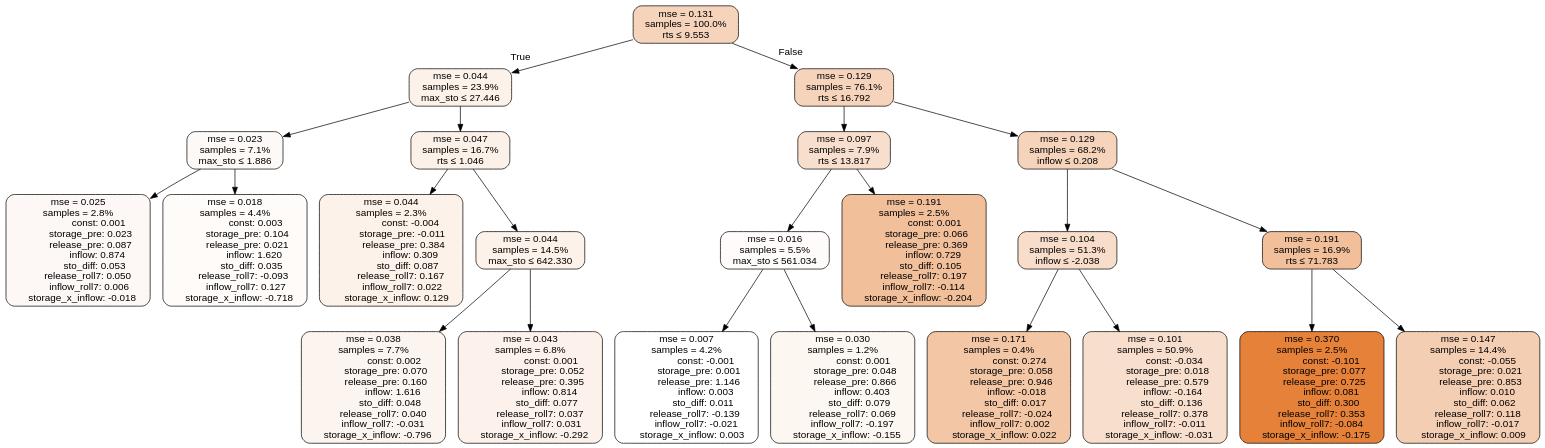
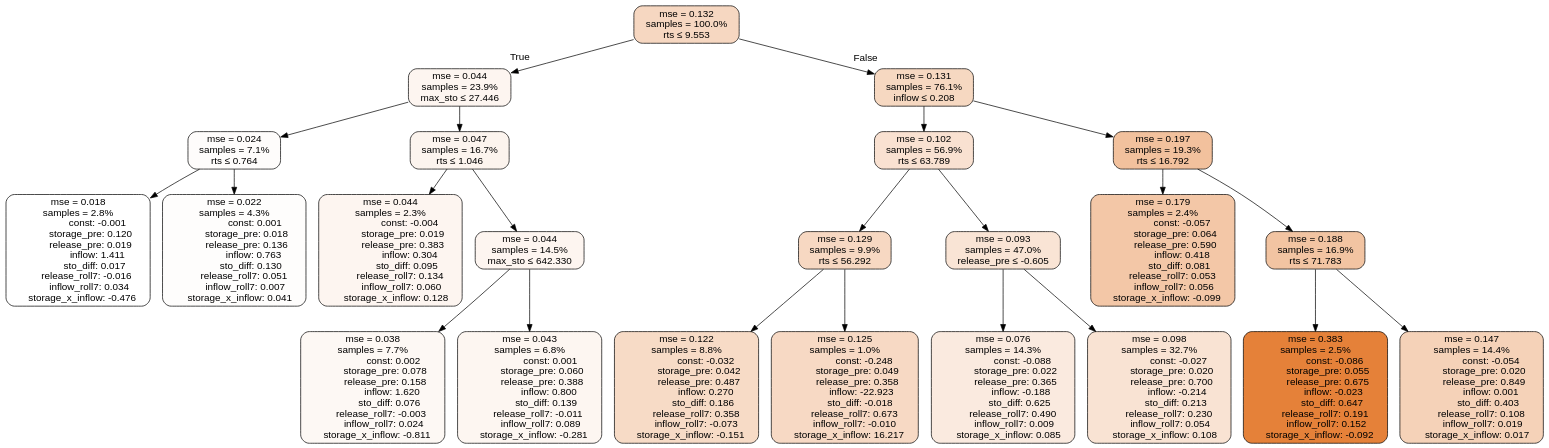
Before and after one commit to lcford2/predict-release: the diagram in results/tclr_model_drop_res_sto_diff/all/TD4_RT_MS_exhaustive/tree.dot, drawn with Graphviz. The commit also changed 13 other files, not shown here.

```diff
--- a/results/tclr_model_drop_res_sto_diff/all/TD4_RT_MS_exhaustive/tree.dot
+++ b/results/tclr_model_drop_res_sto_diff/all/TD4_RT_MS_exhaustive/tree.dot
@@ -1,181 +1,181 @@
 digraph tree {
 bgcolor="transparent"
 node [shape=rectangle, style="filled, rounded", color="black", fontname=helvetica] ;
 edge [fontname=helvetica] ;
-	"0" [label="mse = 0.131
+	"0" [label="mse = 0.132
 samples = 100.0%
-rts &le; 9.553", fillcolor="#f6d4bb"]
+rts &le; 9.553", fillcolor="#f6d7c1"]
 	"1" [label="mse = 0.044
 samples = 23.9%
-max_sto &le; 27.446", fillcolor="#fcf2ea"]
-	"2" [label="mse = 0.023
+max_sto &le; 27.446", fillcolor="#fdf5f0"]
+	"2" [label="mse = 0.024
 samples = 7.1%
-max_sto &le; 1.886", fillcolor="#fdf9f6"]
-	"3" [label="mse = 0.025
+rts &le; 0.764", fillcolor="#fefcfb"]
+	"3" [label="mse = 0.018
 samples = 2.8%
+               const: -0.001
+          storage_pre: 0.120
+          release_pre: 0.019
+               inflow: 1.411
+             sto_diff: 0.017
+       release_roll7: -0.016
+         inflow_roll7: 0.034
+    storage_x_inflow: -0.476", fillcolor="#ffffff"]
+	"4" [label="mse = 0.022
+samples = 4.3%
                 const: 0.001
-          storage_pre: 0.023
-          release_pre: 0.087
-               inflow: 0.874
-             sto_diff: 0.053
-        release_roll7: 0.050
-         inflow_roll7: 0.006
-    storage_x_inflow: -0.018", fillcolor="#fdf8f5"]
-	"4" [label="mse = 0.018
-samples = 4.4%
-                const: 0.003
-          storage_pre: 0.104
-          release_pre: 0.021
-               inflow: 1.620
-             sto_diff: 0.035
-       release_roll7: -0.093
-         inflow_roll7: 0.127
-    storage_x_inflow: -0.718", fillcolor="#fefbf9"]
+          storage_pre: 0.018
+          release_pre: 0.136
+               inflow: 0.763
+             sto_diff: 0.130
+        release_roll7: 0.051
+         inflow_roll7: 0.007
+     storage_x_inflow: 0.041", fillcolor="#fefdfc"]
 	"5" [label="mse = 0.047
 samples = 16.7%
-rts &le; 1.046", fillcolor="#fcf1e9"]
+rts &le; 1.046", fillcolor="#fcf4ee"]
 	"6" [label="mse = 0.044
 samples = 2.3%
                const: -0.004
-         storage_pre: -0.011
-          release_pre: 0.384
-               inflow: 0.309
-             sto_diff: 0.087
-        release_roll7: 0.167
-         inflow_roll7: 0.022
-     storage_x_inflow: 0.129", fillcolor="#fcf2ea"]
+          storage_pre: 0.019
+          release_pre: 0.383
+               inflow: 0.304
+             sto_diff: 0.095
+        release_roll7: 0.134
+         inflow_roll7: 0.060
+     storage_x_inflow: 0.128", fillcolor="#fdf5f0"]
 	"7" [label="mse = 0.044
 samples = 14.5%
-max_sto &le; 642.330", fillcolor="#fcf2ea"]
+max_sto &le; 642.330", fillcolor="#fdf5f0"]
 	"8" [label="mse = 0.038
 samples = 7.7%
                 const: 0.002
-          storage_pre: 0.070
-          release_pre: 0.160
-               inflow: 1.616
-             sto_diff: 0.048
-        release_roll7: 0.040
-        inflow_roll7: -0.031
-    storage_x_inflow: -0.796", fillcolor="#fcf4ee"]
+          storage_pre: 0.078
+          release_pre: 0.158
+               inflow: 1.620
+             sto_diff: 0.076
+       release_roll7: -0.003
+         inflow_roll7: 0.024
+    storage_x_inflow: -0.811", fillcolor="#fdf8f4"]
 	"9" [label="mse = 0.043
 samples = 6.8%
                 const: 0.001
-          storage_pre: 0.052
-          release_pre: 0.395
-               inflow: 0.814
-             sto_diff: 0.077
-        release_roll7: 0.037
-         inflow_roll7: 0.031
-    storage_x_inflow: -0.292", fillcolor="#fcf2eb"]
-	"10" [label="mse = 0.129
+          storage_pre: 0.060
+          release_pre: 0.388
+               inflow: 0.800
+             sto_diff: 0.139
+       release_roll7: -0.011
+         inflow_roll7: 0.089
+    storage_x_inflow: -0.281", fillcolor="#fdf6f1"]
+	"10" [label="mse = 0.131
 samples = 76.1%
-rts &le; 16.792", fillcolor="#f6d4bc"]
-	"11" [label="mse = 0.097
-samples = 7.9%
-rts &le; 13.817", fillcolor="#f8dfcd"]
-	"12" [label="mse = 0.016
-samples = 5.5%
-max_sto &le; 561.034", fillcolor="#fefbfa"]
-	"13" [label="mse = 0.007
-samples = 4.2%
-               const: -0.001
-          storage_pre: 0.001
-          release_pre: 1.146
-               inflow: 0.003
-             sto_diff: 0.011
-       release_roll7: -0.139
-        inflow_roll7: -0.021
-     storage_x_inflow: 0.003", fillcolor="#ffffff"]
-	"14" [label="mse = 0.030
-samples = 1.2%
-                const: 0.001
-          storage_pre: 0.048
-          release_pre: 0.866
-               inflow: 0.403
-             sto_diff: 0.079
-        release_roll7: 0.069
-        inflow_roll7: -0.197
-    storage_x_inflow: -0.155", fillcolor="#fdf7f2"]
-	"15" [label="mse = 0.191
+inflow &le; 0.208", fillcolor="#f6d8c1"]
+	"11" [label="mse = 0.102
+samples = 56.9%
+rts &le; 63.789", fillcolor="#f9e1d1"]
+	"12" [label="mse = 0.129
+samples = 9.9%
+rts &le; 56.292", fillcolor="#f7d8c2"]
+	"13" [label="mse = 0.122
+samples = 8.8%
+               const: -0.032
+          storage_pre: 0.042
+          release_pre: 0.487
+               inflow: 0.270
+             sto_diff: 0.186
+        release_roll7: 0.358
+        inflow_roll7: -0.073
+    storage_x_inflow: -0.151", fillcolor="#f7dbc6"]
+	"14" [label="mse = 0.125
+samples = 1.0%
+               const: -0.248
+          storage_pre: 0.049
+          release_pre: 0.358
+             inflow: -22.923
+            sto_diff: -0.018
+        release_roll7: 0.673
+        inflow_roll7: -0.010
+    storage_x_inflow: 16.217", fillcolor="#f7d9c4"]
+	"15" [label="mse = 0.093
+samples = 47.0%
+release_pre &le; -0.605", fillcolor="#f9e4d5"]
+	"16" [label="mse = 0.076
+samples = 14.3%
+               const: -0.088
+          storage_pre: 0.022
+          release_pre: 0.365
+              inflow: -0.188
+             sto_diff: 0.625
+        release_roll7: 0.490
+         inflow_roll7: 0.009
+     storage_x_inflow: 0.085", fillcolor="#faeadf"]
+	"17" [label="mse = 0.098
+samples = 32.7%
+               const: -0.027
+          storage_pre: 0.020
+          release_pre: 0.700
+              inflow: -0.214
+             sto_diff: 0.213
+        release_roll7: 0.230
+         inflow_roll7: 0.054
+     storage_x_inflow: 0.108", fillcolor="#f9e3d3"]
+	"18" [label="mse = 0.197
+samples = 19.3%
+rts &le; 16.792", fillcolor="#f2c19d"]
+	"19" [label="mse = 0.179
+samples = 2.4%
+               const: -0.057
+          storage_pre: 0.064
+          release_pre: 0.590
+               inflow: 0.418
+             sto_diff: 0.081
+        release_roll7: 0.053
+         inflow_roll7: 0.056
+    storage_x_inflow: -0.099", fillcolor="#f3c7a7"]
+	"20" [label="mse = 0.188
+samples = 16.9%
+rts &le; 71.783", fillcolor="#f2c4a2"]
+	"21" [label="mse = 0.383
 samples = 2.5%
-                const: 0.001
-          storage_pre: 0.066
-          release_pre: 0.369
-               inflow: 0.729
-             sto_diff: 0.105
-        release_roll7: 0.197
-        inflow_roll7: -0.114
-    storage_x_inflow: -0.204", fillcolor="#f1bf9a"]
-	"16" [label="mse = 0.129
-samples = 68.2%
-inflow &le; 0.208", fillcolor="#f6d4bc"]
-	"17" [label="mse = 0.104
-samples = 51.3%
-inflow &le; -2.038", fillcolor="#f8ddca"]
-	"18" [label="mse = 0.171
-samples = 0.4%
-                const: 0.274
-          storage_pre: 0.058
-          release_pre: 0.946
-              inflow: -0.018
-             sto_diff: 0.017
-       release_roll7: -0.024
-         inflow_roll7: 0.002
-     storage_x_inflow: 0.022", fillcolor="#f3c6a5"]
-	"19" [label="mse = 0.101
-samples = 50.9%
-               const: -0.034
-          storage_pre: 0.018
-          release_pre: 0.579
-              inflow: -0.164
-             sto_diff: 0.136
-        release_roll7: 0.378
-        inflow_roll7: -0.011
-    storage_x_inflow: -0.031", fillcolor="#f8decc"]
-	"20" [label="mse = 0.191
-samples = 16.9%
-rts &le; 71.783", fillcolor="#f1bf9a"]
-	"21" [label="mse = 0.370
-samples = 2.5%
-               const: -0.101
-          storage_pre: 0.077
-          release_pre: 0.725
-               inflow: 0.081
-             sto_diff: 0.300
-        release_roll7: 0.353
-        inflow_roll7: -0.084
-    storage_x_inflow: -0.175", fillcolor="#e58139"]
+               const: -0.086
+          storage_pre: 0.055
+          release_pre: 0.675
+              inflow: -0.023
+             sto_diff: 0.647
+        release_roll7: 0.191
+         inflow_roll7: 0.152
+    storage_x_inflow: -0.092", fillcolor="#e58139"]
 	"22" [label="mse = 0.147
 samples = 14.4%
-               const: -0.055
-          storage_pre: 0.021
-          release_pre: 0.853
-               inflow: 0.010
-             sto_diff: 0.062
-        release_roll7: 0.118
-        inflow_roll7: -0.017
-     storage_x_inflow: 0.009", fillcolor="#f4ceb2"]
+               const: -0.054
+          storage_pre: 0.020
+          release_pre: 0.849
+               inflow: 0.001
+             sto_diff: 0.403
+        release_roll7: 0.108
+         inflow_roll7: 0.019
+     storage_x_inflow: 0.017", fillcolor="#f5d2b8"]
 
 	"0" -> "1" [labeldistance=2.5, labelangle=45, headlabel="True"]
 	"1" -> "2"
 	"2" -> "3"
 	"2" -> "4"
 	"1" -> "5"
 	"5" -> "6"
 	"5" -> "7"
 	"7" -> "8"
 	"7" -> "9"
 	"0" -> "10" [labeldistance=2.5, labelangle=-45, headlabel="False"]
 	"10" -> "11"
 	"11" -> "12"
 	"12" -> "13"
 	"12" -> "14"
 	"11" -> "15"
-	"10" -> "16"
-	"16" -> "17"
-	"17" -> "18"
-	"17" -> "19"
-	"16" -> "20"
+	"15" -> "16"
+	"15" -> "17"
+	"10" -> "18"
+	"18" -> "19"
+	"18" -> "20"
 	"20" -> "21"
 	"20" -> "22"
 }
```
